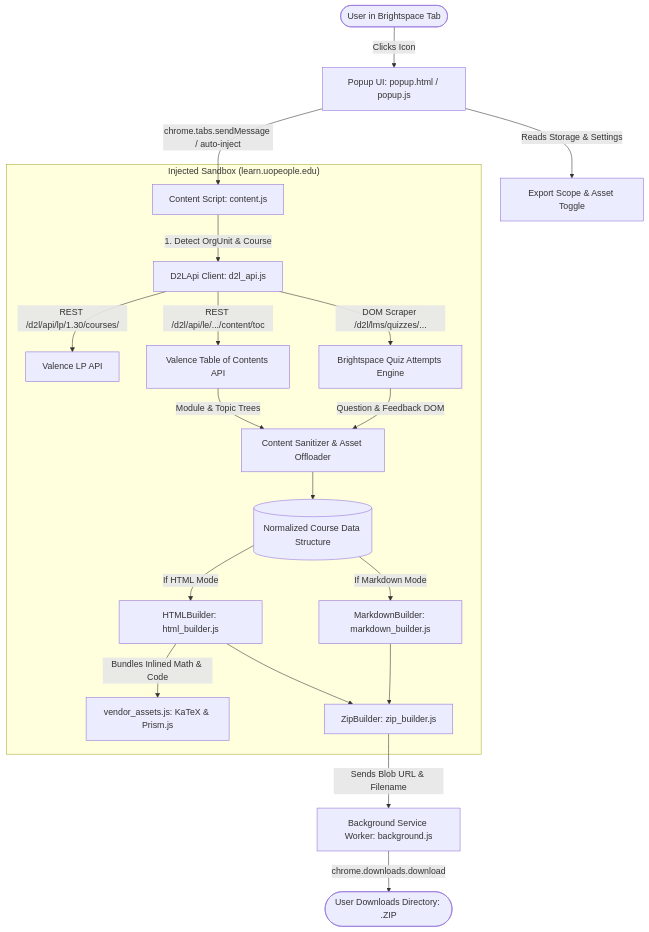
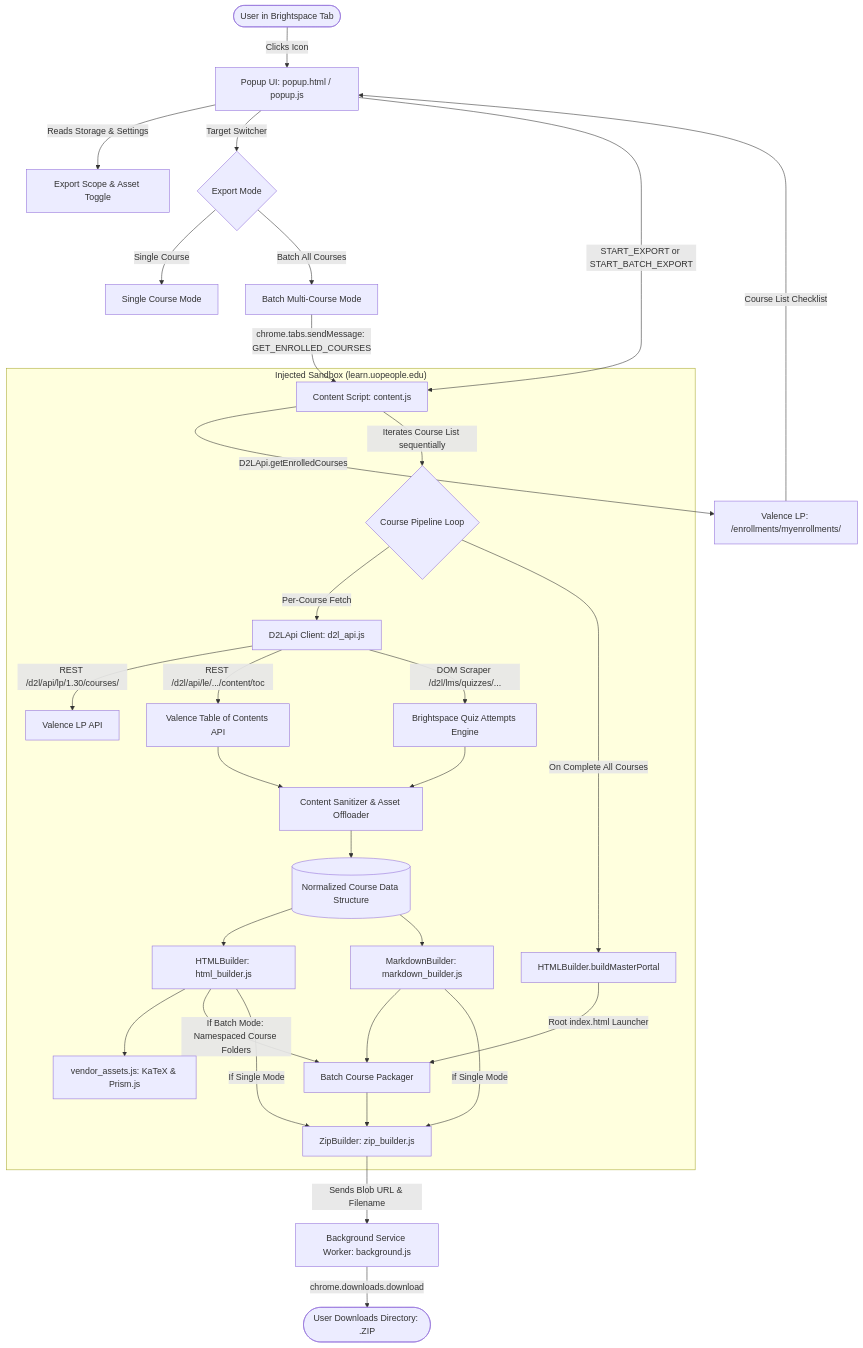
Before and after one commit to itsmohamedyahia/offline-course-exporter-uopeople: the diagram in docs/ARCHITECTURE.md, drawn with Mermaid. The commit also changed other lines of this file and 1 other file, not shown here.

Commit message:
docs: update architecture with multi-course batch export and package release distributions

````diff
--- a/docs/ARCHITECTURE.md
+++ b/docs/ARCHITECTURE.md
@@ -9,29 +9,46 @@
 ```mermaid
 flowchart TD
     User([User in Brightspace Tab]) -->|Clicks Icon| Popup[Popup UI: popup.html / popup.js]
     Popup -->|Reads Storage & Settings| PopupState[Export Scope & Asset Toggle]
-    Popup -->|chrome.tabs.sendMessage / auto-inject| ContentScript[Content Script: content.js]
-    
+    Popup -->|Target Switcher| ModeSelect{Export Mode}
+
+    ModeSelect -->|Single Course| SingleFlow[Single Course Mode]
+    ModeSelect -->|Batch All Courses| BatchFlow[Batch Multi-Course Mode]
+
+    BatchFlow -->|chrome.tabs.sendMessage: GET_ENROLLED_COURSES| ContentScript[Content Script: content.js]
+    ContentScript -->|D2LApi.getEnrolledCourses| ValenceEnroll[Valence LP: /enrollments/myenrollments/]
+    ValenceEnroll -->|Course List Checklist| Popup
+
+    Popup -->|START_EXPORT or START_BATCH_EXPORT| ContentScript
+
     subgraph "Injected Sandbox (learn.uopeople.edu)"
-        ContentScript -->|1. Detect OrgUnit & Course| D2L[D2LApi Client: d2l_api.js]
+        ContentScript -->|Iterates Course List sequentially| CourseLoop{Course Pipeline Loop}
+        CourseLoop -->|Per-Course Fetch| D2L[D2LApi Client: d2l_api.js]
         D2L -->|REST /d2l/api/lp/1.30/courses/| ValenceLP[Valence LP API]
         D2L -->|REST /d2l/api/le/.../content/toc| ValenceTOC[Valence Table of Contents API]
         D2L -->|DOM Scraper /d2l/lms/quizzes/...| QuizAttempts[Brightspace Quiz Attempts Engine]
         
-        ValenceTOC -->|Module & Topic Trees| ContentSanitizer[Content Sanitizer & Asset Offloader]
-        QuizAttempts -->|Question & Feedback DOM| ContentSanitizer
+        ValenceTOC --> ContentSanitizer[Content Sanitizer & Asset Offloader]
+        QuizAttempts --> ContentSanitizer
         
         ContentSanitizer --> CourseData[(Normalized Course Data Structure)]
         
-        CourseData -->|If HTML Mode| HTMLGen[HTMLBuilder: html_builder.js]
-        CourseData -->|If Markdown Mode| MDGen[MarkdownBuilder: markdown_builder.js]
+        CourseData --> HTMLGen[HTMLBuilder: html_builder.js]
+        CourseData --> MDGen[MarkdownBuilder: markdown_builder.js]
         
-        HTMLGen -->|Bundles Inlined Math & Code| VendorAssets[vendor_assets.js: KaTeX & Prism.js]
+        HTMLGen --> VendorAssets[vendor_assets.js: KaTeX & Prism.js]
         
-        HTMLGen --> ZipPacker[ZipBuilder: zip_builder.js]
-        MDGen --> ZipPacker
+        HTMLGen -->|If Batch Mode: Namespaced Course Folders| BatchPacker[Batch Course Packager]
+        MDGen --> BatchPacker
+        
+        CourseLoop -->|On Complete All Courses| MasterGen[HTMLBuilder.buildMasterPortal]
+        MasterGen -->|Root index.html Launcher| BatchPacker
+        
+        BatchPacker --> ZipPacker[ZipBuilder: zip_builder.js]
+        HTMLGen -->|If Single Mode| ZipPacker
+        MDGen -->|If Single Mode| ZipPacker
     end
     
     ZipPacker -->|Sends Blob URL & Filename| BackgroundWorker[Background Service Worker: background.js]
     BackgroundWorker -->|chrome.downloads.download| FileSystem([User Downloads Directory: .ZIP])
 ```
````
